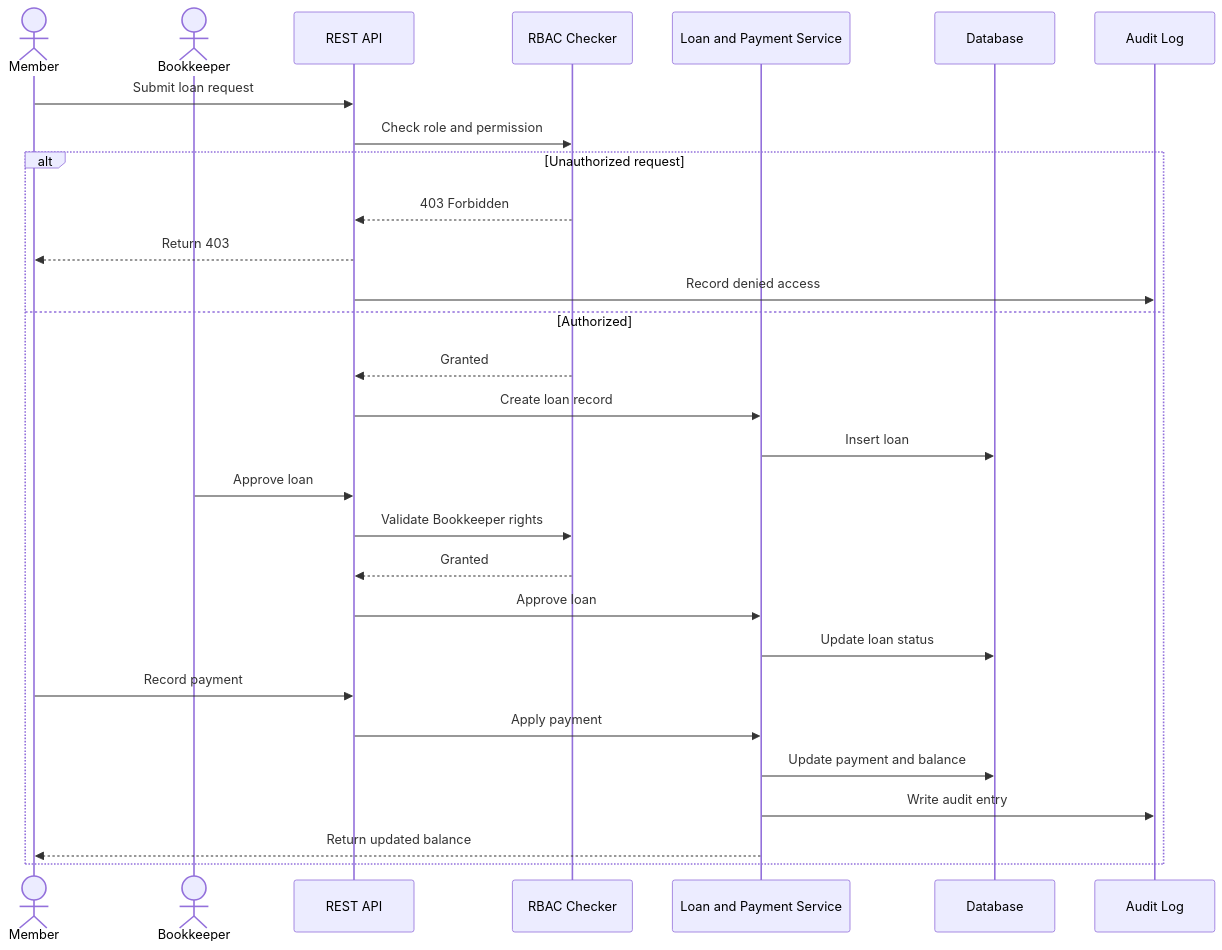
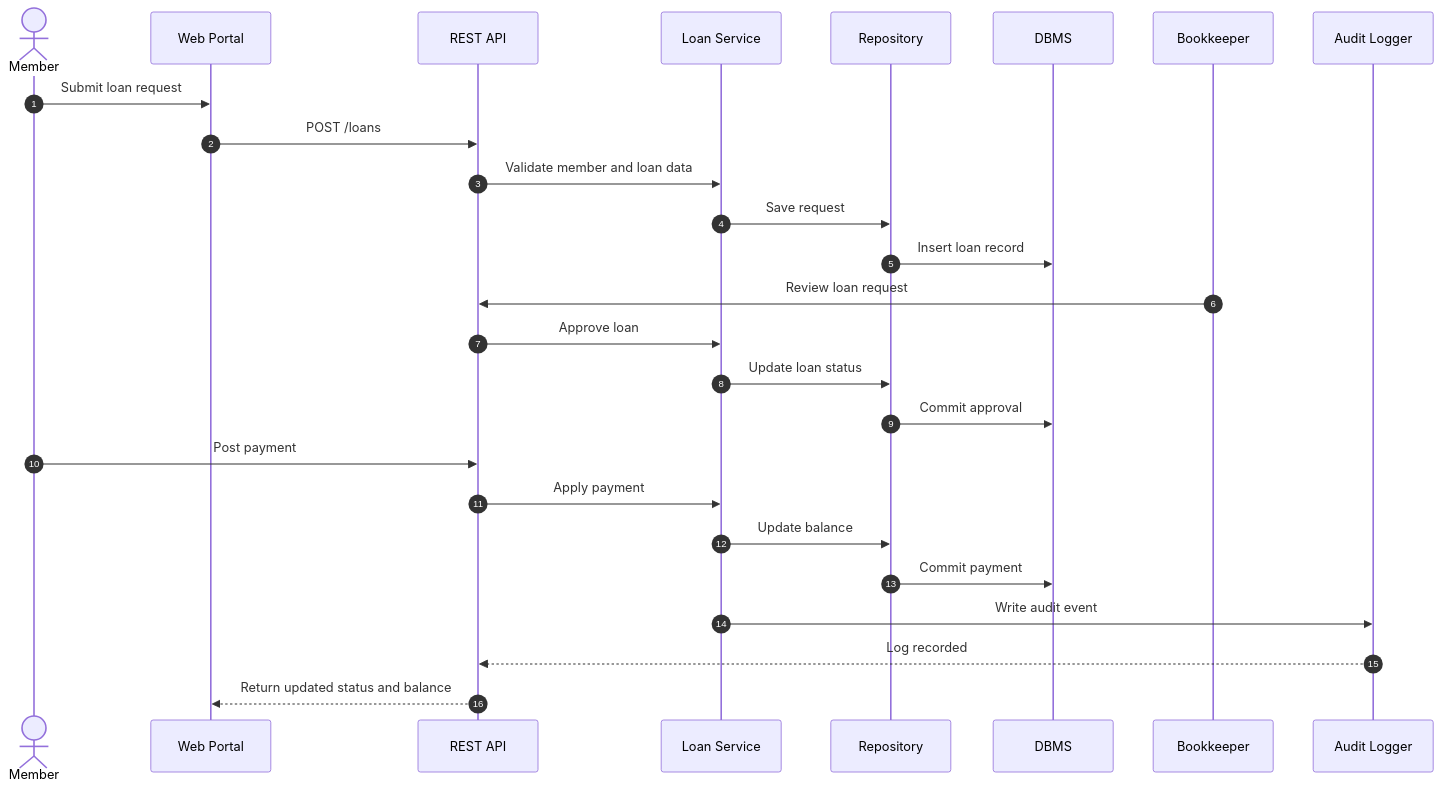
Before and after one commit to Bonuel12142005/KAMBACDIAGRAM: diagram 11 of 16 in README.md, drawn with Mermaid. The commit also changed other lines of this file, not shown here.

Commit message:
Overwrite README.md with the full 16-diagram KIMS proposal summary

````diff
--- a/README.md
+++ b/README.md
@@ -551,32 +457,29 @@
 ```mermaid
 sequenceDiagram
-    actor Member
-    actor Bookkeeper
+    autonumber
+    actor M as Member
+    participant UI as Web Portal
     participant API as REST API
-    participant RBAC as RBAC Checker
-    participant LoanSvc as Loan and Payment Service
-    participant DB as Database
-    participant Audit as Audit Log
+    participant S as Loan Service
+    participant R as Repository
+    participant DB as DBMS
+    participant B as Bookkeeper
+    participant L as Audit Logger
 
-    Member->>API: Submit loan request
-    API->>RBAC: Check role and permission
-    alt Unauthorized request
-        RBAC-->>API: 403 Forbidden
-        API-->>Member: Return 403
-        API->>Audit: Record denied access
-    else Authorized
-        RBAC-->>API: Granted
-        API->>LoanSvc: Create loan record
-        LoanSvc->>DB: Insert loan
-        Bookkeeper->>API: Approve loan
-        API->>RBAC: Validate Bookkeeper rights
-        RBAC-->>API: Granted
-        API->>LoanSvc: Approve loan
-        LoanSvc->>DB: Update loan status
-        Member->>API: Record payment
-        API->>LoanSvc: Apply payment
-        LoanSvc->>DB: Update payment and balance
-        LoanSvc->>Audit: Write audit entry
-        LoanSvc-->>Member: Return updated balance
-    end
+    M->>UI: Submit loan request
+    UI->>API: POST /loans
+    API->>S: Validate member and loan data
+    S->>R: Save request
+    R->>DB: Insert loan record
+    B->>API: Review loan request
+    API->>S: Approve loan
+    S->>R: Update loan status
+    R->>DB: Commit approval
+    M->>API: Post payment
+    API->>S: Apply payment
+    S->>R: Update balance
+    R->>DB: Commit payment
+    S->>L: Write audit event
+    L-->>API: Log recorded
+    API-->>UI: Return updated status and balance
 ```
````
